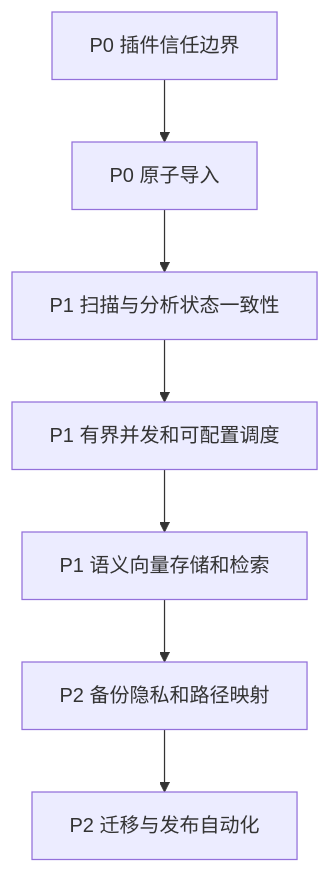
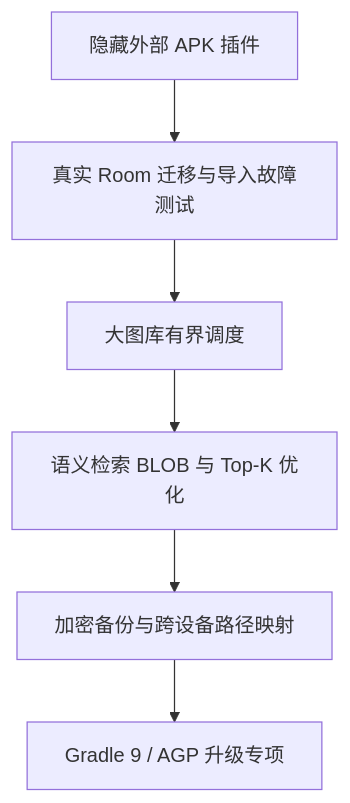
The diagram in plans/code-review-report.md (r-y-ren/Local-Album), drawn with Mermaid before and after one commit. The commit also changed other lines of this file, not shown here.

````diff
--- a/plans/code-review-report.md
+++ b/plans/code-review-report.md
@@ -223,9 +177,8 @@
 ```mermaid
 flowchart TD
-    A[P0 插件信任边界] --> B[P0 原子导入]
-    B --> C[P1 扫描与分析状态一致性]
-    C --> D[P1 有界并发和可配置调度]
-    D --> E[P1 语义向量存储和检索]
-    E --> F[P2 备份隐私和路径映射]
-    F --> G[P2 迁移与发布自动化]
+    A[隐藏外部 APK 插件] --> B[真实 Room 迁移与导入故障测试]
+    B --> C[大图库有界调度]
+    C --> D[语义检索 BLOB 与 Top-K 优化]
+    D --> E[加密备份与跨设备路径映射]
+    E --> F[Gradle 9 / AGP 升级专项]
 ```
````
